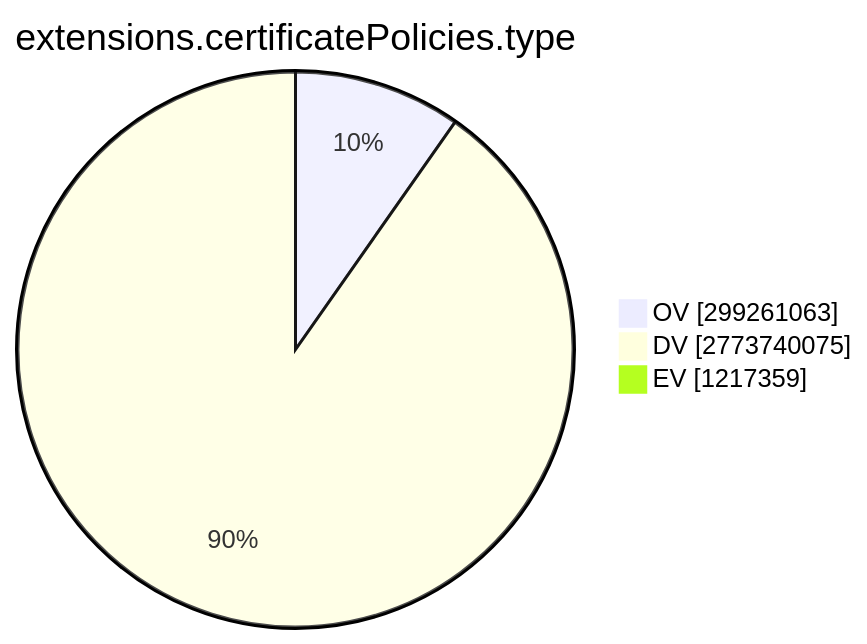
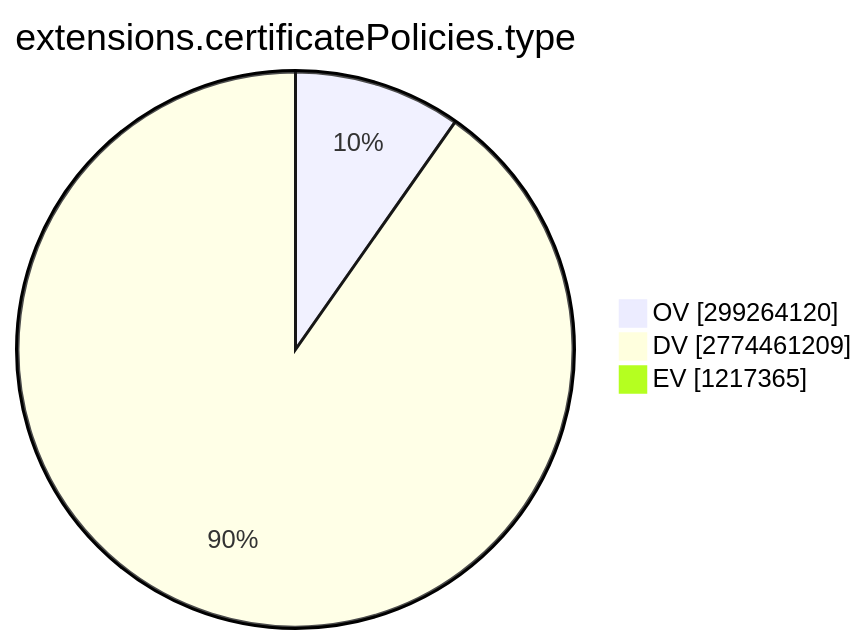
Before and after one commit to christiankrug/ctmonitor_visualization: the ninth of 15 diagrams in TOTAL/README.md, drawn with Mermaid. The commit also changed other lines of this file, not shown here.

````diff
--- a/TOTAL/README.md
+++ b/TOTAL/README.md
@@ -3101,7 +3101,7 @@
 ```mermaid
 pie showData
 title extensions.certificatePolicies.type
-"OV" :299261063
-"DV" :2773740075
-"EV" :1217359
+"OV" :299264120
+"DV" :2774461209
+"EV" :1217365
 ```
````
